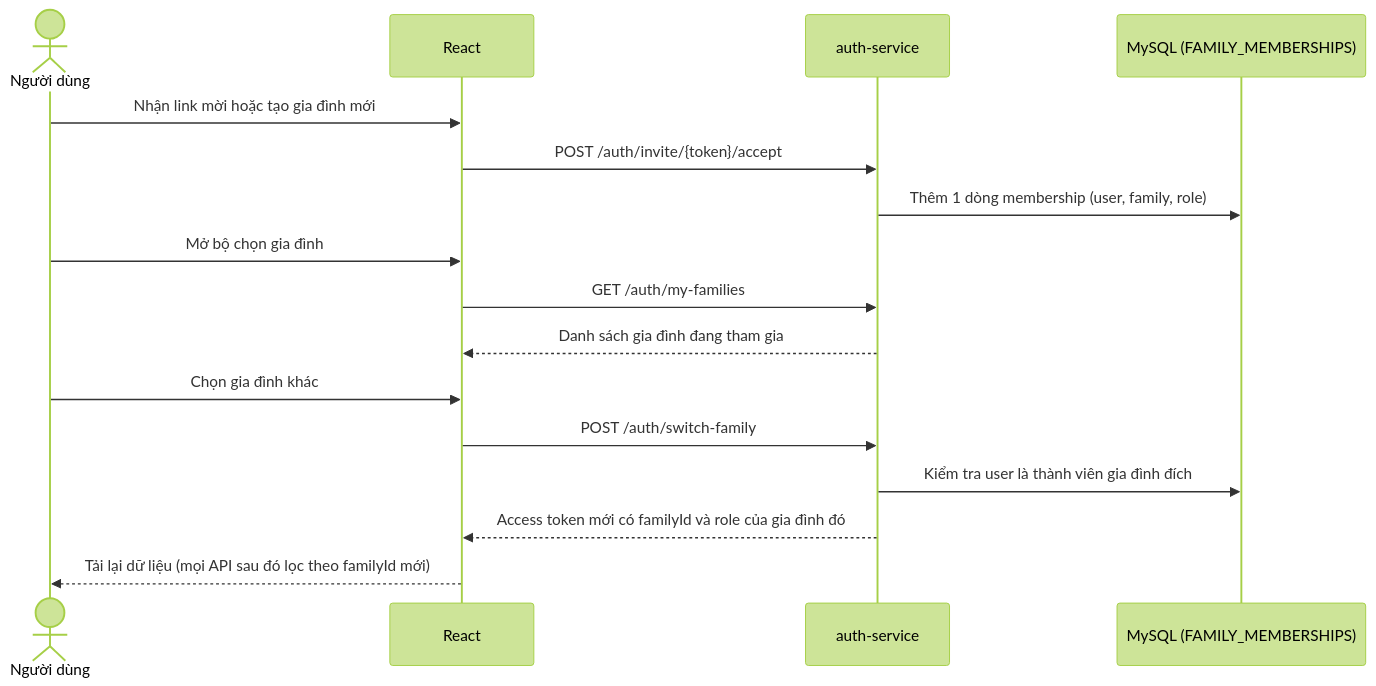
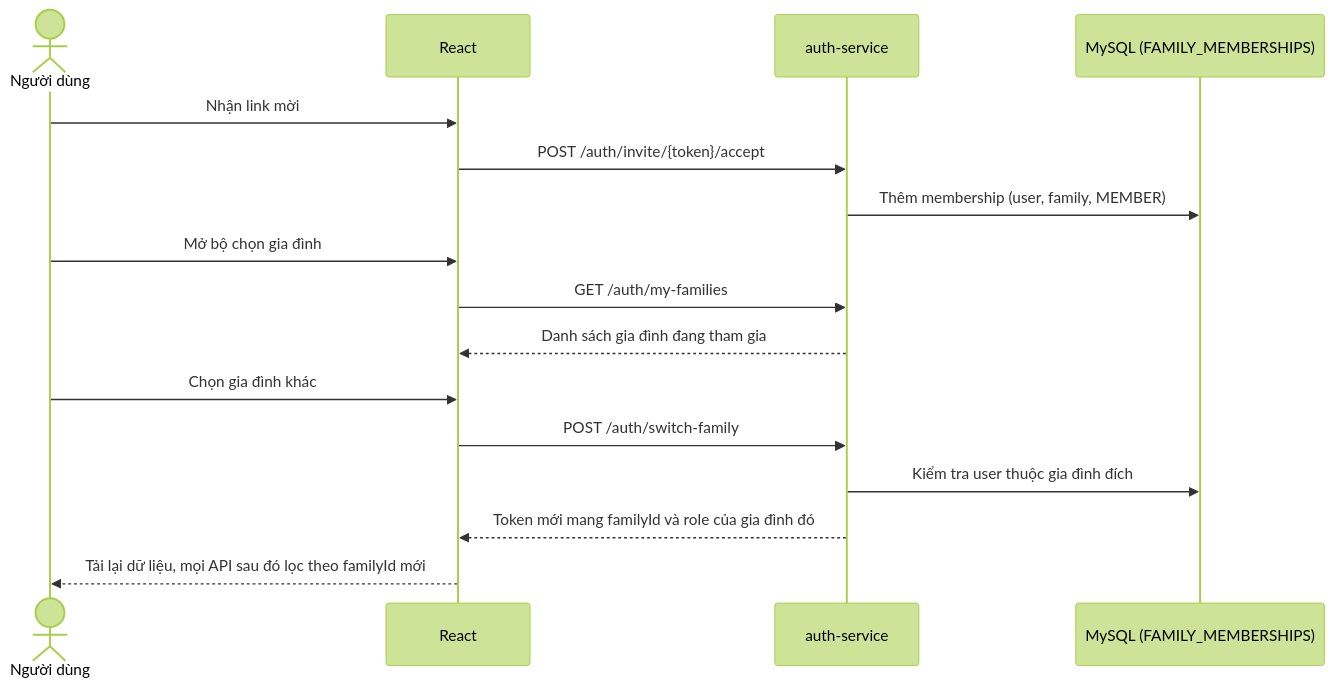
Before and after one commit to boyquynhluu/family-expense-manager: diagram 11 of 33 in README.md, drawn with Mermaid (forest theme). The commit also changed other lines of this file and 1 other file, not shown here.

````diff
--- a/README.md
+++ b/README.md
@@ -461,19 +428,19 @@
 ```mermaid
 sequenceDiagram
     actor U as Người dùng
     participant FE as React
     participant AU as auth-service
     participant DB as MySQL (FAMILY_MEMBERSHIPS)
 
-    U->>FE: Nhận link mời hoặc tạo gia đình mới
+    U->>FE: Nhận link mời
     FE->>AU: POST /auth/invite/{token}/accept
-    AU->>DB: Thêm 1 dòng membership (user, family, role)
+    AU->>DB: Thêm membership (user, family, MEMBER)
     U->>FE: Mở bộ chọn gia đình
     FE->>AU: GET /auth/my-families
     AU-->>FE: Danh sách gia đình đang tham gia
     U->>FE: Chọn gia đình khác
     FE->>AU: POST /auth/switch-family
-    AU->>DB: Kiểm tra user là thành viên gia đình đích
-    AU-->>FE: Access token mới có familyId và role của gia đình đó
-    FE-->>U: Tải lại dữ liệu (mọi API sau đó lọc theo familyId mới)
+    AU->>DB: Kiểm tra user thuộc gia đình đích
+    AU-->>FE: Token mới mang familyId và role của gia đình đó
+    FE-->>U: Tải lại dữ liệu, mọi API sau đó lọc theo familyId mới
 ```
````
